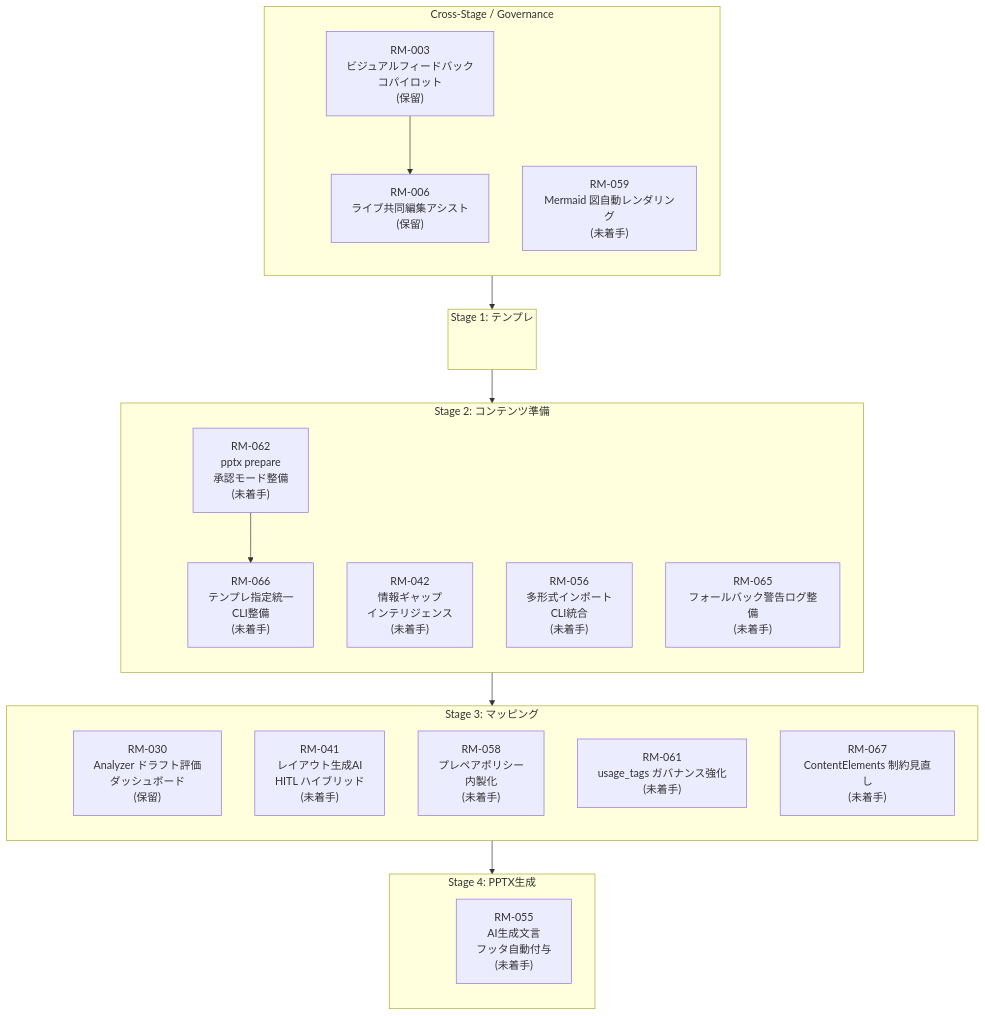
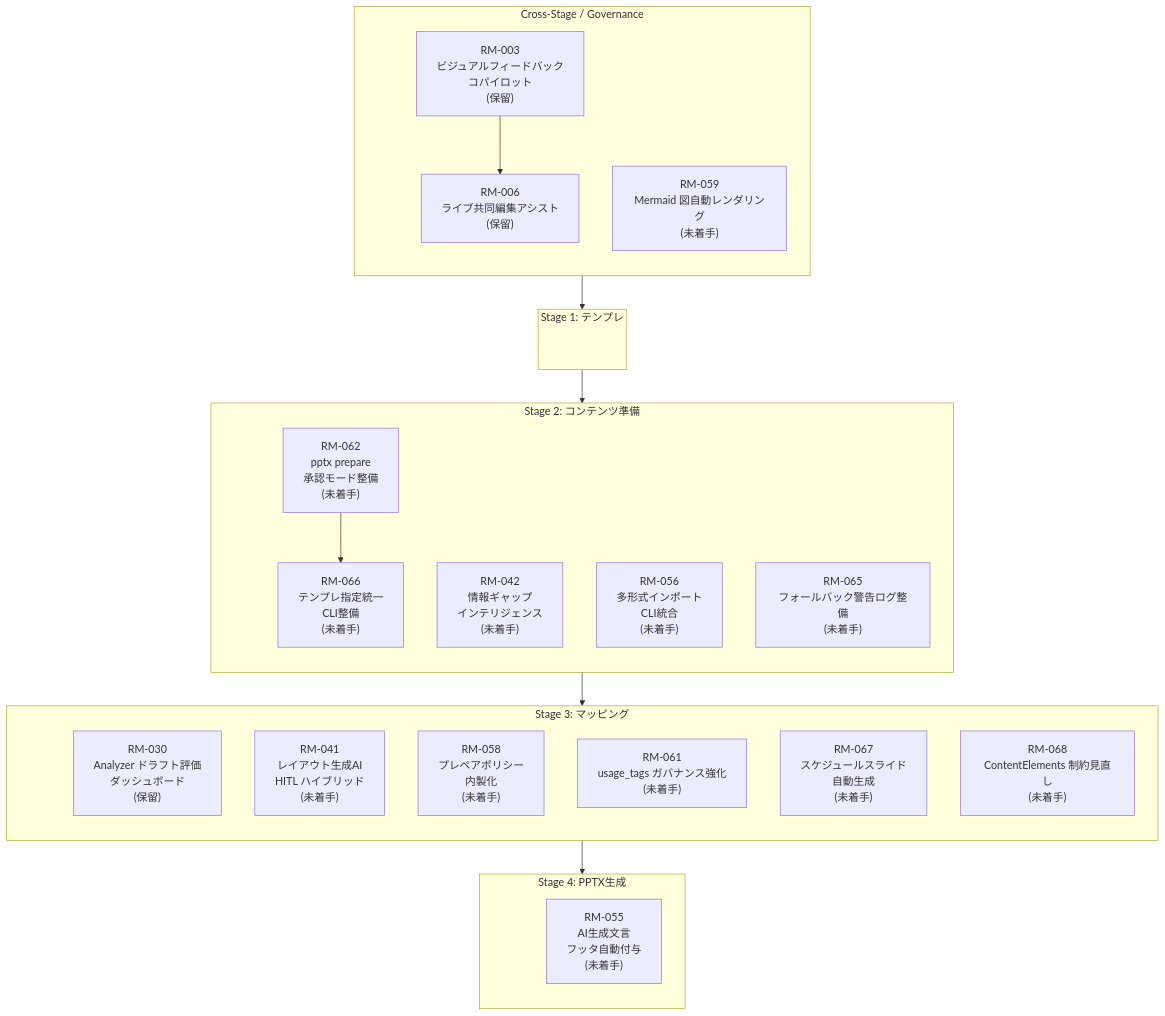
The diagram in docs/roadmap/roadmap.md (yurake/pptx_generator), drawn with Mermaid before and after one commit. The commit also changed other lines of this file and 15 other files, not shown here.

Commit message:
docs(roadmap): restore rm067 schedule automation

````diff
--- a/docs/roadmap/roadmap.md
+++ b/docs/roadmap/roadmap.md
@@ -25,52 +25,53 @@
 ```mermaid
 flowchart TB
     subgraph GOV["Cross-Stage / Governance"]
         direction TB
         GOV_ANCHOR(( ))
         RM003["RM-003<br/>ビジュアルフィードバック<br/>コパイロット<br/>(保留)"]
         RM006["RM-006<br/>ライブ共同編集アシスト<br/>(保留)"]
         RM059["RM-059<br/>Mermaid 図自動レンダリング<br/>(未着手)"]
     end
 
     subgraph ST1["Stage 1: テンプレ"]
         direction TB
         ST1_ANCHOR(( ))
     end
 
     subgraph ST2["Stage 2: コンテンツ準備"]
         direction TB
         ST2_ANCHOR(( ))
         RM042["RM-042<br/>情報ギャップ<br/>インテリジェンス<br/>(未着手)"]
         RM056["RM-056<br/>多形式インポート<br/>CLI統合<br/>(未着手)"]
         RM062["RM-062<br/>pptx prepare<br/>承認モード整備<br/>(未着手)"]
         RM065["RM-065<br/>フォールバック警告ログ整備<br/>(未着手)"]
         RM066["RM-066<br/>テンプレ指定統一<br/>CLI整備<br/>(未着手)"]
     end
 
     subgraph ST3["Stage 3: マッピング"]
         direction TB
         ST3_ANCHOR(( ))
         RM030["RM-030<br/>Analyzer ドラフト評価<br/>ダッシュボード<br/>(保留)"]
         RM041["RM-041<br/>レイアウト生成AI<br/>HITL ハイブリッド<br/>(未着手)"]
         RM058["RM-058<br/>プレペアポリシー<br/>内製化<br/>(未着手)"]
         RM061["RM-061<br/>usage_tags ガバナンス強化<br/>(未着手)"]
-        RM067["RM-067<br/>ContentElements 制約見直し<br/>(未着手)"]
+        RM067["RM-067<br/>スケジュールスライド<br/>自動生成<br/>(未着手)"]
+        RM068["RM-068<br/>ContentElements 制約見直し<br/>(未着手)"]
     end
 
     subgraph ST4["Stage 4: PPTX生成"]
         direction TB
         ST4_ANCHOR(( ))
         RM055["RM-055<br/>AI生成文言<br/>フッタ自動付与<br/>(未着手)"]
     end
 
     style GOV_ANCHOR fill:transparent,stroke:transparent
     style ST1_ANCHOR fill:transparent,stroke:transparent
     style ST2_ANCHOR fill:transparent,stroke:transparent
     style ST3_ANCHOR fill:transparent,stroke:transparent
     style ST4_ANCHOR fill:transparent,stroke:transparent
 
     GOV_ANCHOR --> ST1_ANCHOR --> ST2_ANCHOR --> ST3_ANCHOR --> ST4_ANCHOR
 
     RM003 --> RM006
     RM062 --> RM066
 ```
````
